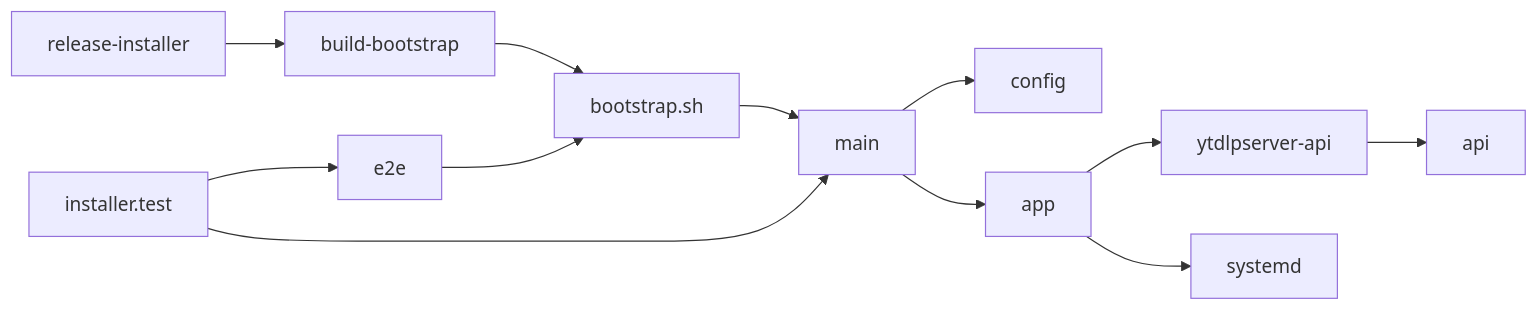
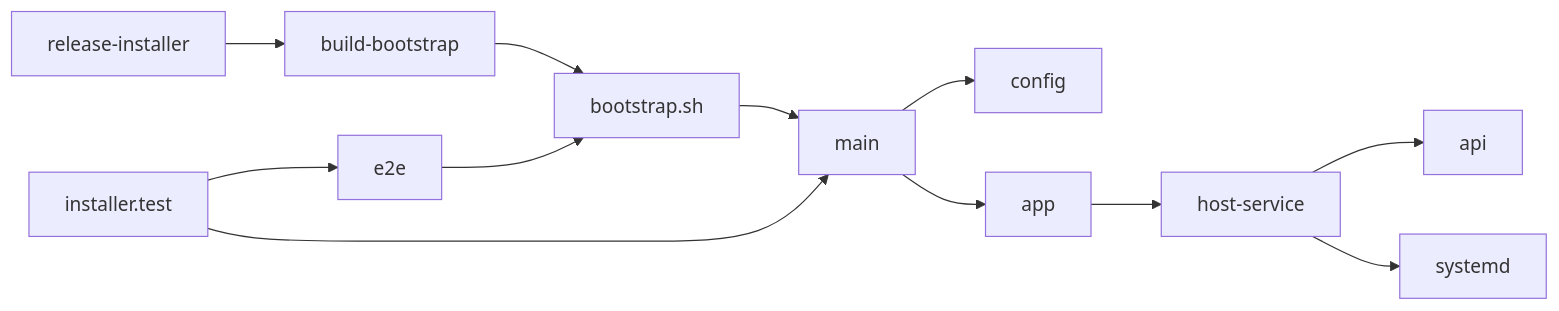
Before and after one commit to nekono-dev/ytdlpServer: the first of 2 diagrams in specs/installer/design.md, drawn with Mermaid. The commit also changed other lines of this file and 16 other files, not shown here.

First line of the commit message:
インストーラを host-service-builder の共通ライブラリへ移し、各サービスを専用ユーザー ytdlpserver で動かす

````diff
--- a/specs/installer/design.md
+++ b/specs/installer/design.md
@@ -22,14 +22,14 @@
 ```mermaid
 flowchart LR
   release_installer["release-installer"] --> build_bootstrap["build-bootstrap"]
   build_bootstrap --> bootstrap_sh["bootstrap.sh"]
   bootstrap_sh --> main
   main --> config
   main --> app
-  app --> ytdlpserver_api["ytdlpserver-api"]
-  ytdlpserver_api --> api
-  app --> ext_systemd["systemd"]
+  app --> host_service["host-service"]
+  host_service --> api
+  host_service --> ext_systemd["systemd"]
   installer_test["installer.test"] --> main
   installer_test --> e2e
   e2e --> bootstrap_sh
 ```
````
